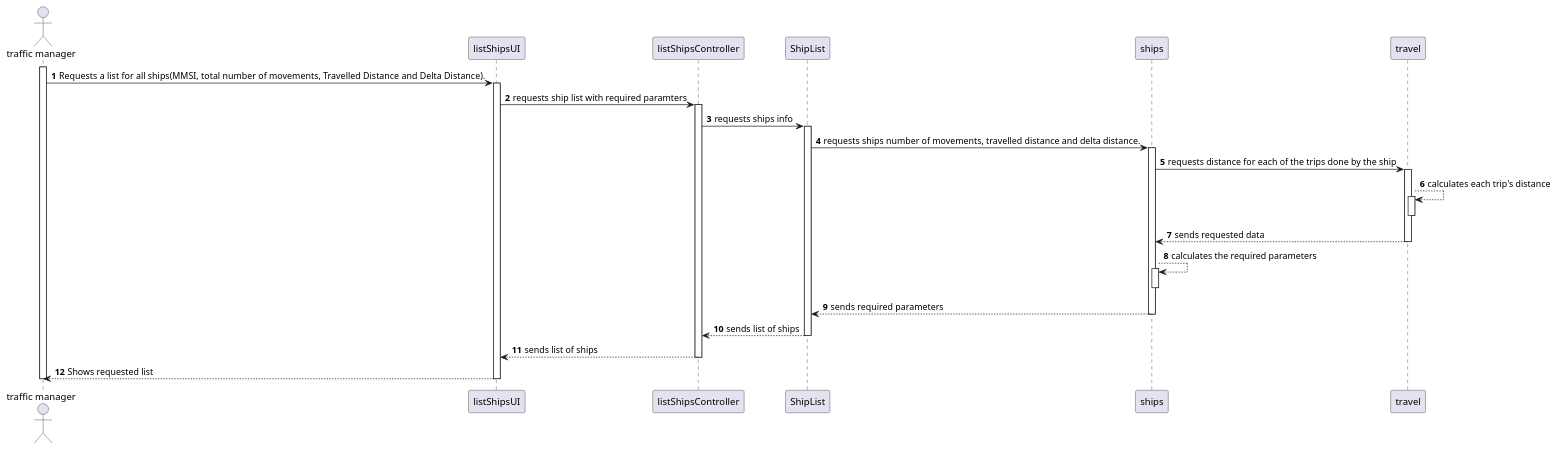
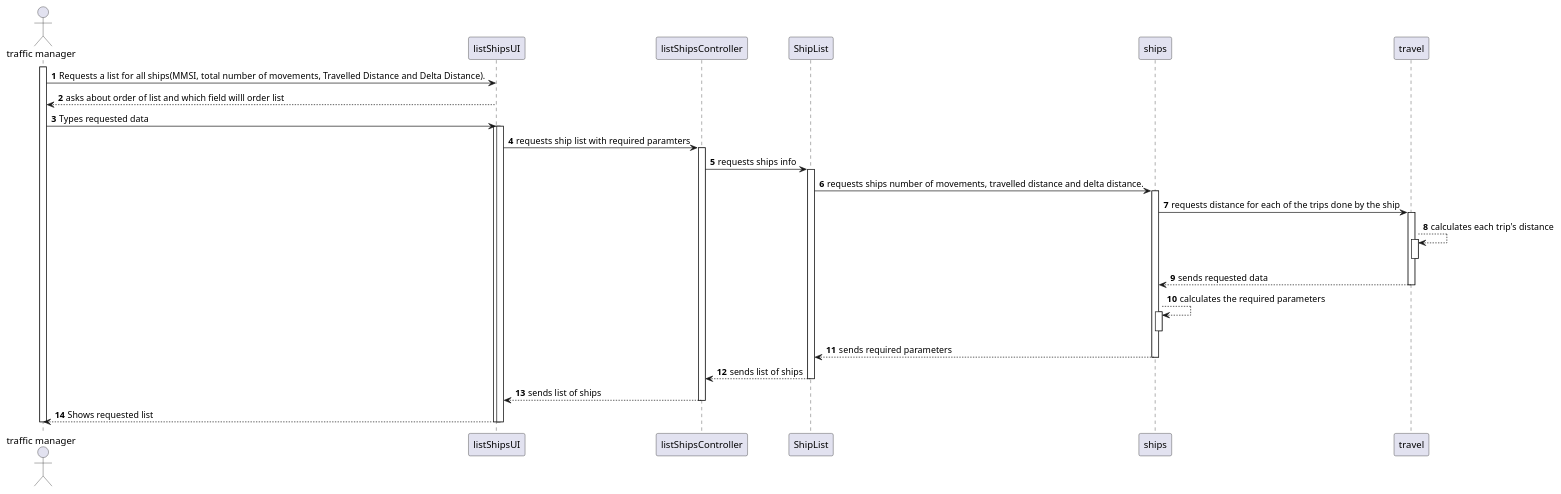
Before and after one commit to mpoboas/lapr3-2021-g102: the diagram in docs/Sprint1/US105/SD.puml, drawn with PlantUML. The commit also changed 7 other files, not shown here.

```diff
--- a/docs/Sprint1/US105/SD.puml
+++ b/docs/Sprint1/US105/SD.puml
@@ -1,37 +1,41 @@
 @startuml
 actor "traffic manager" as actor
 participant  listShipsUI as UI
 participant listShipsController as Controller
 participant ShipList as sl
 participant ships as s
 participant travel as t
 autonumber
 activate actor
 actor -> UI : Requests  a list for all ships(MMSI, total number of movements, Travelled Distance and Delta Distance).
+UI --> actor : asks about order of list and which field willl order list
+deactivate UI
+actor ->UI : Types requested data
+activate UI
 activate UI
 UI -> Controller : requests ship list with required paramters
 activate Controller
 Controller -> sl : requests ships info
 activate sl
 sl -> s :requests ships number of movements, travelled distance and delta distance.
 activate s
 s -> t : requests distance for each of the trips done by the ship
 activate t
 t --> t : calculates each trip's distance
 activate t
 deactivate t
 t --> s: sends requested data
 deactivate t
 s --> s :calculates the required parameters
 activate s
 deactivate s
 s --> sl : sends required parameters
 deactivate s
 sl --> Controller : sends list of ships
 deactivate sl
 Controller --> UI : sends list of ships
 deactivate Controller
 UI --> actor : Shows requested list
 deactivate UI
 deactivate actor
 @enduml
```
